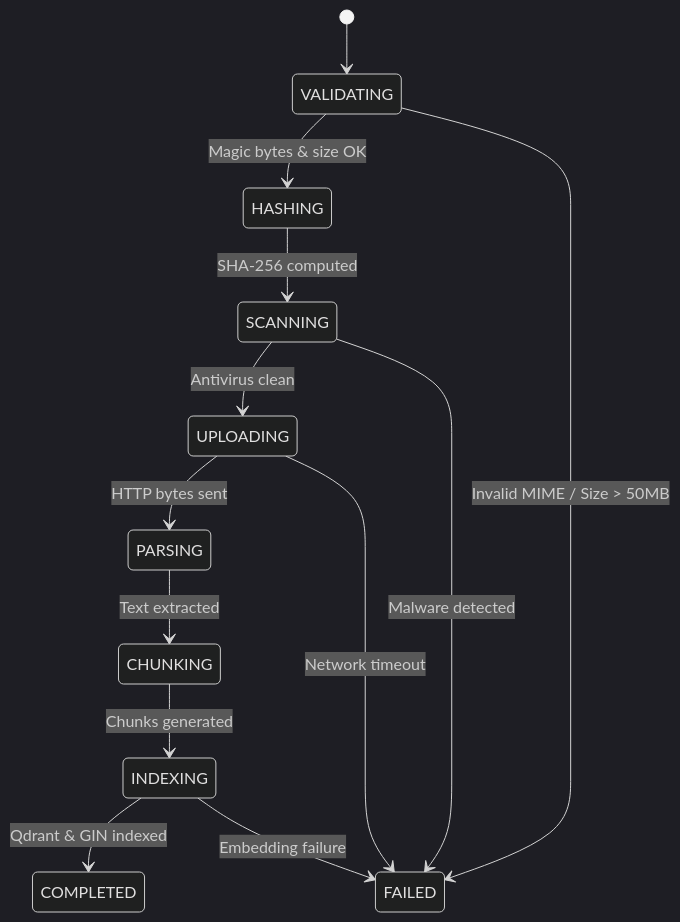
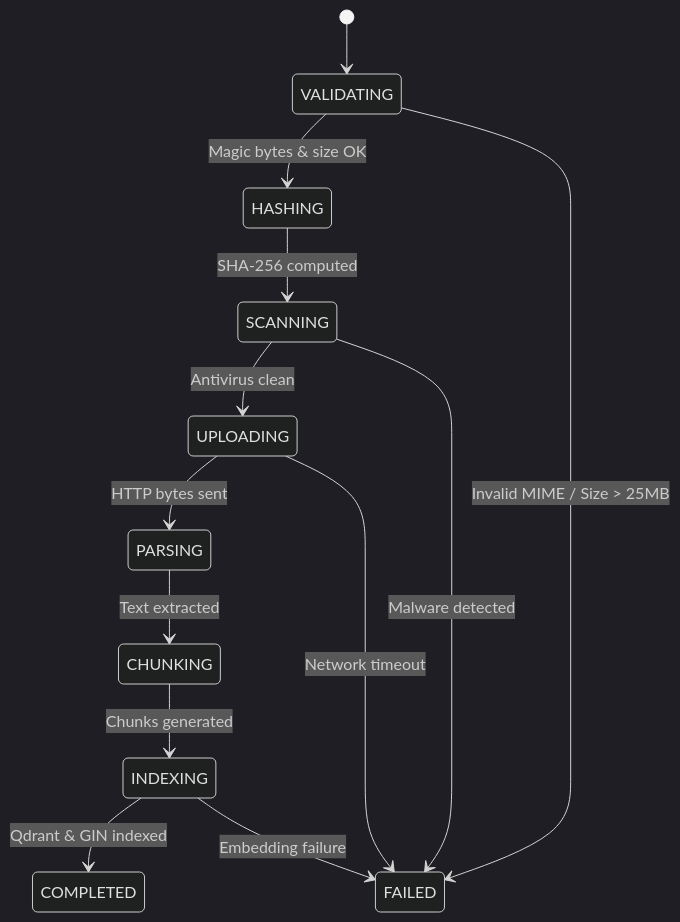
Diagram 13 of 13 in reverse_engineering.md (Satya-Naraharisetty/FusionRAG), drawn with Mermaid (dark theme) before and after one commit. The commit also changed other lines of this file, not shown here.

Commit message:
docs: update architecture documentation to reflect dual-layer orchestration and expanded evaluation metrics

````diff
--- a/reverse_engineering.md
+++ b/reverse_engineering.md
@@ -1550,16 +1406,16 @@
 ```mermaid
 stateDiagram-v2
     [*] --> VALIDATING
     VALIDATING --> HASHING : Magic bytes & size OK
     HASHING --> SCANNING : SHA-256 computed
     SCANNING --> UPLOADING : Antivirus clean
     UPLOADING --> PARSING : HTTP bytes sent
     PARSING --> CHUNKING : Text extracted
     CHUNKING --> INDEXING : Chunks generated
     INDEXING --> COMPLETED : Qdrant & GIN indexed
     
-    VALIDATING --> FAILED : Invalid MIME / Size > 50MB
+    VALIDATING --> FAILED : Invalid MIME / Size > 25MB
     SCANNING --> FAILED : Malware detected
     UPLOADING --> FAILED : Network timeout
     INDEXING --> FAILED : Embedding failure
 ```
````
